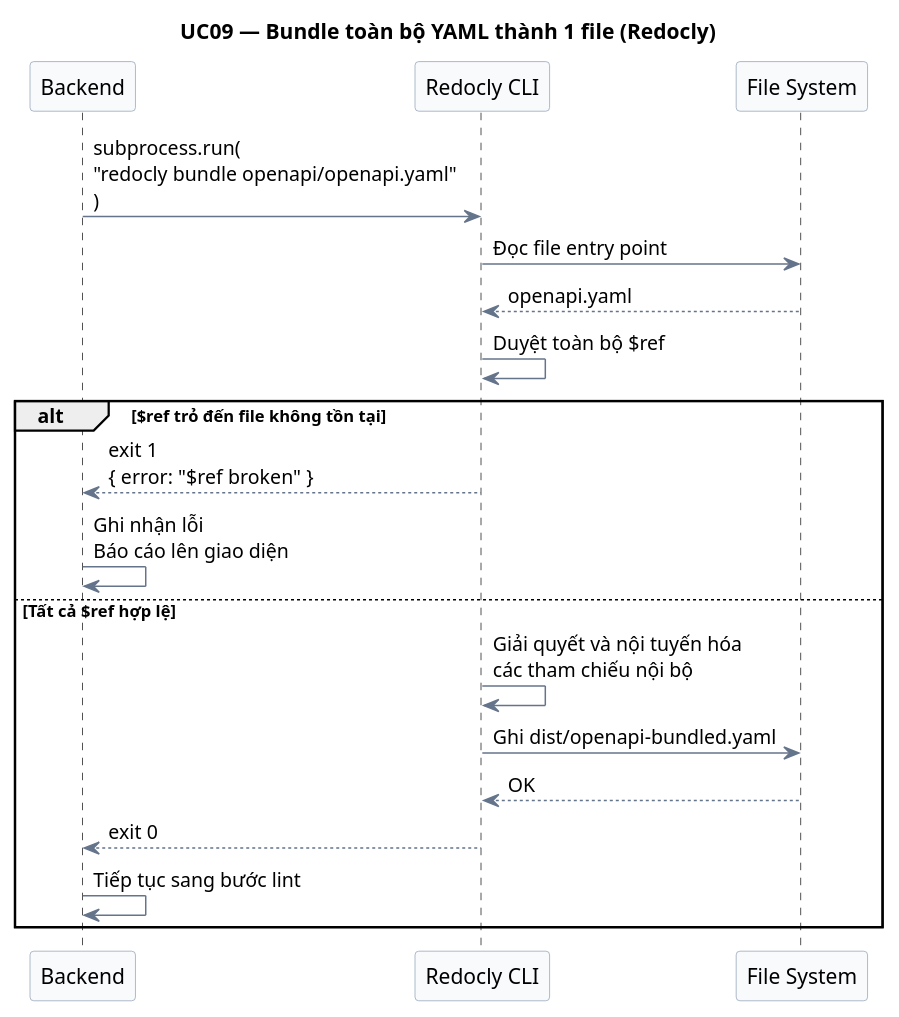
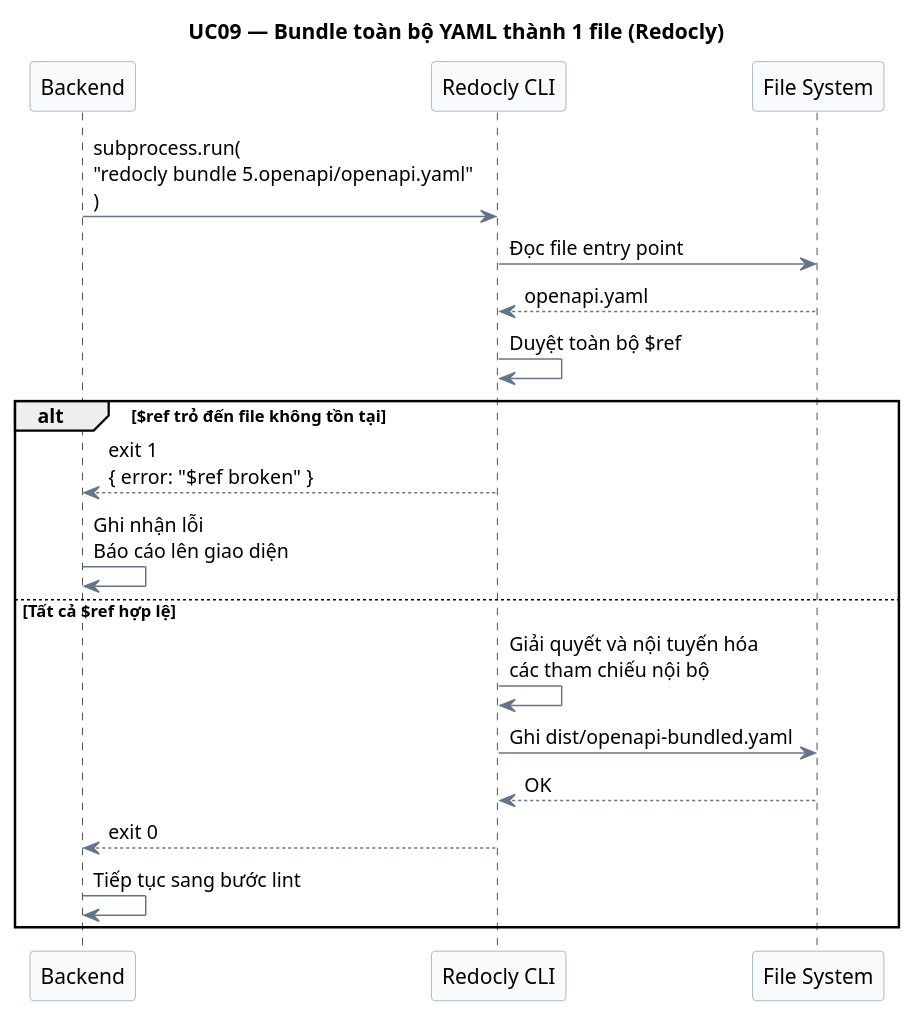
One commit to DuyTon666/API-CONVERTER changed the diagram in docs/sequence/UC09_sequence.puml. Above: the diagram before and after it, drawn with PlantUML. The commit also changed 80 other files, not shown here.

```diff
--- a/docs/sequence/UC09_sequence.puml
+++ b/docs/sequence/UC09_sequence.puml
@@ -1,31 +1,31 @@
 @startuml UC09_BundleYAML
 skinparam SequenceArrowColor #64748B
 skinparam SequenceBoxBorderColor #CBD5E1
 skinparam ParticipantBackgroundColor #F8FAFC
 skinparam ParticipantBorderColor #94A3B8
 
 title UC09 — Bundle toàn bộ YAML thành 1 file (Redocly)
 
 participant "Backend" as BE
 participant "Redocly CLI" as Redocly
 participant "File System" as FS
 
-BE -> Redocly: subprocess.run(\n"redocly bundle openapi/openapi.yaml"\n)
+BE -> Redocly: subprocess.run(\n"redocly bundle 5.openapi/openapi.yaml"\n)
 
 Redocly -> FS: Đọc file entry point
 FS --> Redocly: openapi.yaml
 
 Redocly -> Redocly: Duyệt toàn bộ $ref
 
 alt $ref trỏ đến file không tồn tại
   Redocly --> BE: exit 1\n{ error: "$ref broken" }
   BE -> BE: Ghi nhận lỗi\nBáo cáo lên giao diện
 else Tất cả $ref hợp lệ
   Redocly -> Redocly: Giải quyết và nội tuyến hóa\ncác tham chiếu nội bộ
   Redocly -> FS: Ghi dist/openapi-bundled.yaml
   FS --> Redocly: OK
   Redocly --> BE: exit 0
   BE -> BE: Tiếp tục sang bước lint
 end
 
 @enduml
```
